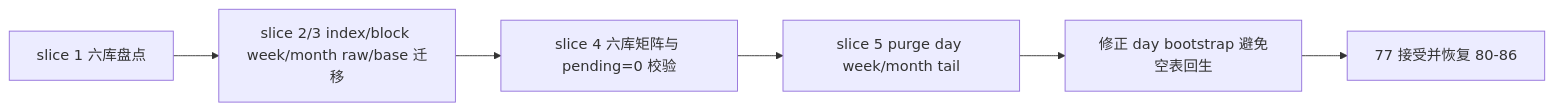
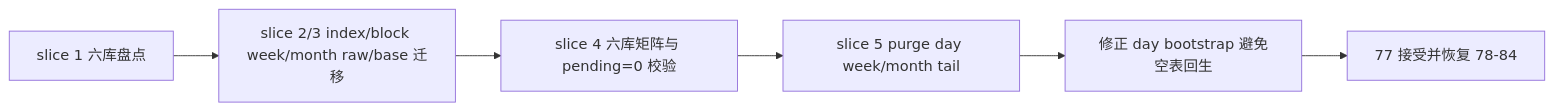
One commit to everything-is-simple/lifespan-0.01 changed the diagram in docs/03-execution/evidence/77-raw-base-timeframe-split-tail-completion-evidence-20260418.md. Above: the diagram before and after it, drawn with Mermaid. The commit also changed 86 other files, not shown here.

````diff
--- a/docs/03-execution/evidence/77-raw-base-timeframe-split-tail-completion-evidence-20260418.md
+++ b/docs/03-execution/evidence/77-raw-base-timeframe-split-tail-completion-evidence-20260418.md
@@ -65,8 +65,8 @@
 ```mermaid
 flowchart LR
     A["slice 1 六库盘点"] --> B["slice 2/3 index/block week/month raw/base 迁移"]
     B --> C["slice 4 六库矩阵与 pending=0 校验"]
     C --> D["slice 5 purge day week/month tail"]
     D --> E["修正 day bootstrap 避免空表回生"]
-    E --> F["77 接受并恢复 80-86"]
+    E --> F["77 接受并恢复 78-84"]
 ```
````
